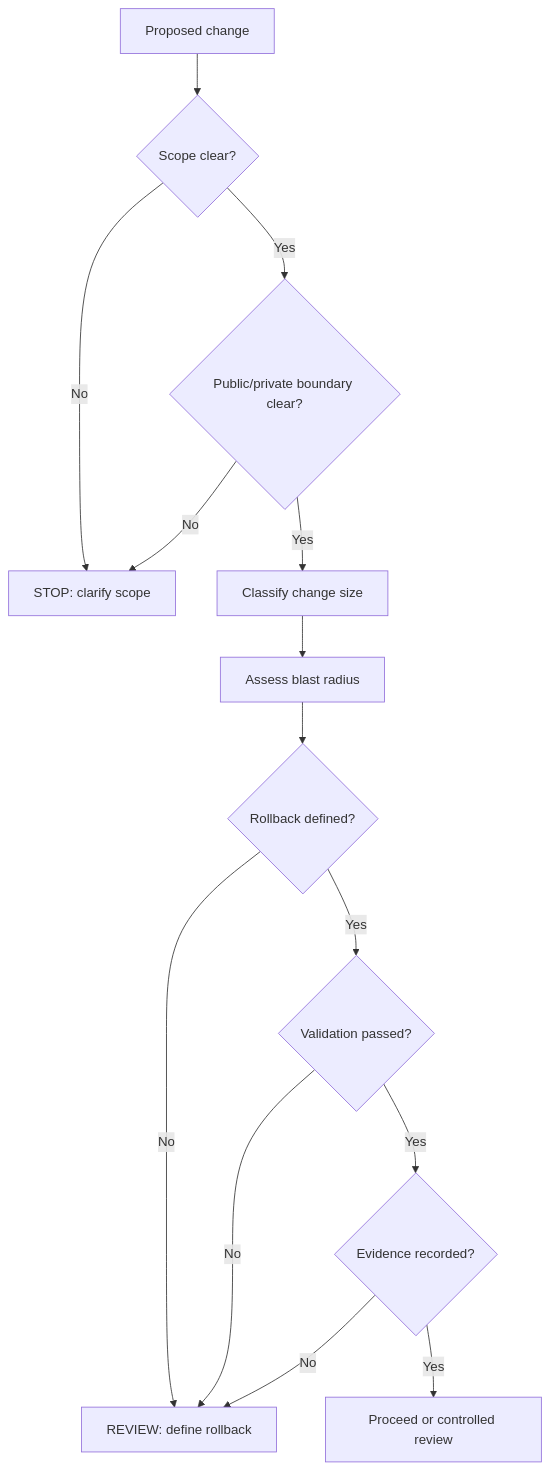
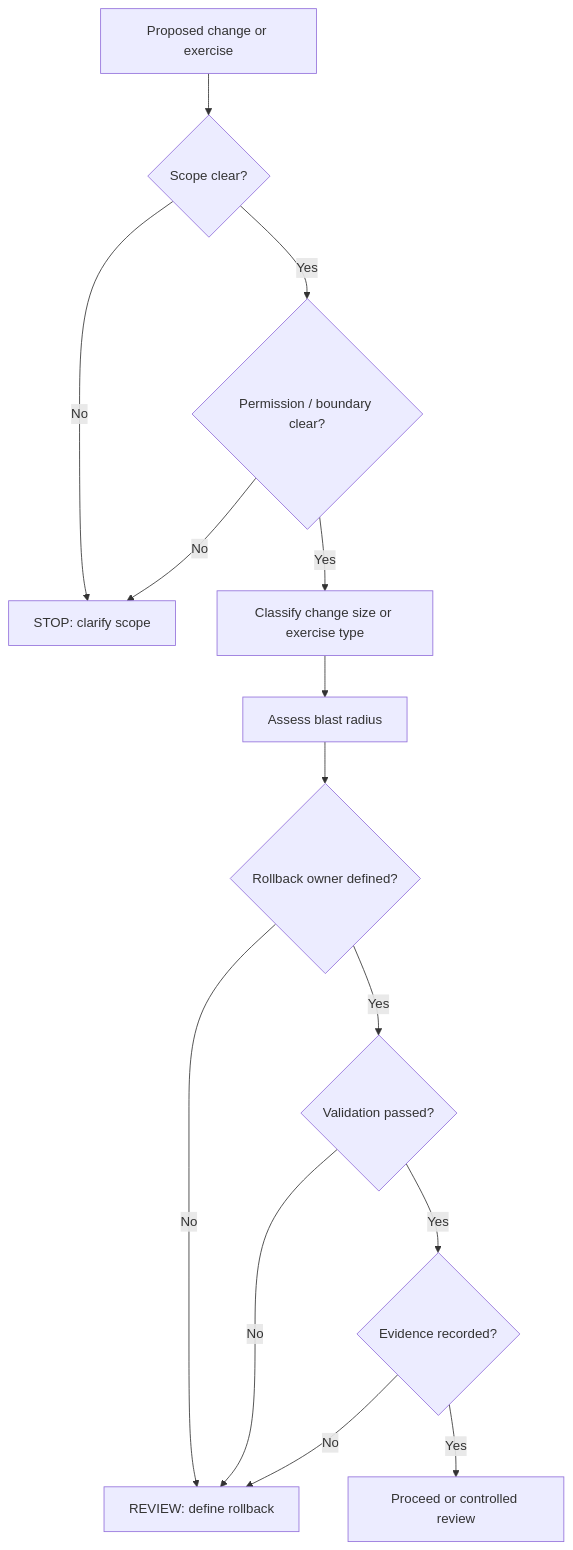
Before and after one commit to Jonnenpijonne/esp32-iot-security-governance-lab: the second of 5 diagrams in README.md, drawn with Mermaid. The commit also changed other lines of this file, not shown here.

Commit message:
Update project README to current governance scope

````diff
--- a/README.md
+++ b/README.md
@@ -76,16 +90,16 @@
 ```mermaid
 flowchart TD
-    A[Proposed change] --> B{Scope clear?}
+    A[Proposed change or exercise] --> B{Scope clear?}
     B -- No --> X[STOP: clarify scope]
-    B -- Yes --> C{Public/private boundary clear?}
+    B -- Yes --> C{Permission / boundary clear?}
     C -- No --> X
-    C -- Yes --> D[Classify change size]
+    C -- Yes --> D[Classify change size or exercise type]
     D --> E[Assess blast radius]
-    E --> F{Rollback defined?}
+    E --> F{Rollback owner defined?}
     F -- No --> Y[REVIEW: define rollback]
     F -- Yes --> G{Validation passed?}
     G -- No --> Y
     G -- Yes --> H{Evidence recorded?}
     H -- No --> Y
     H -- Yes --> I[Proceed or controlled review]
 ```
````
